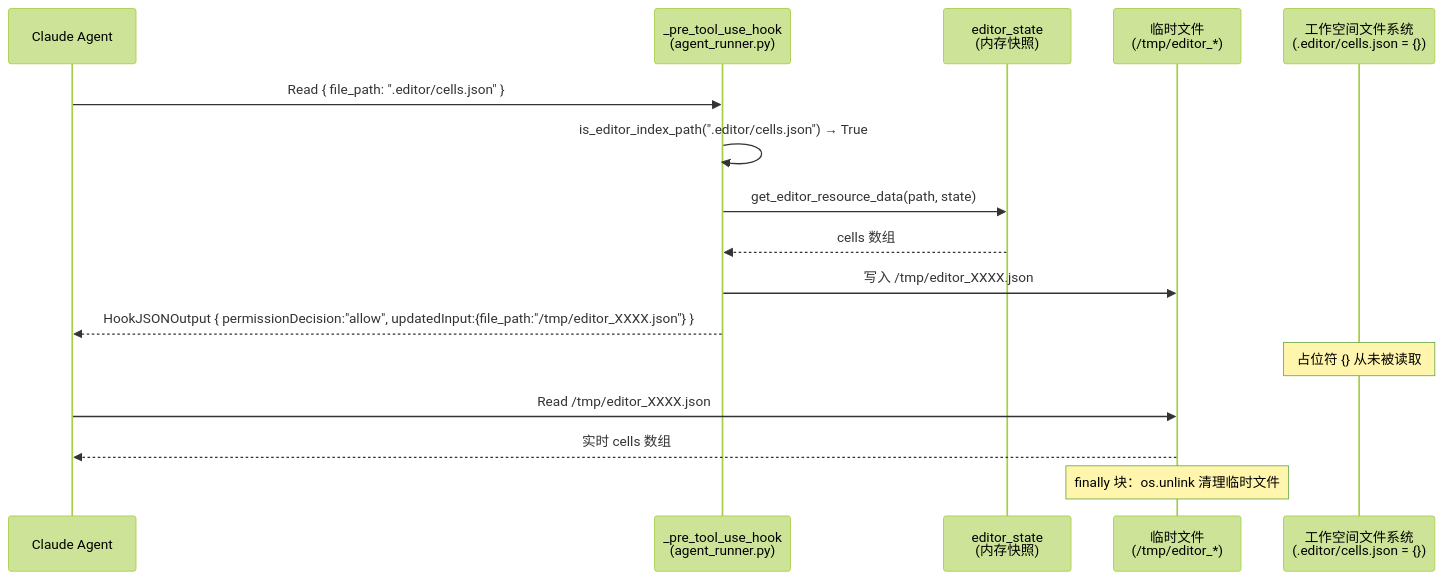
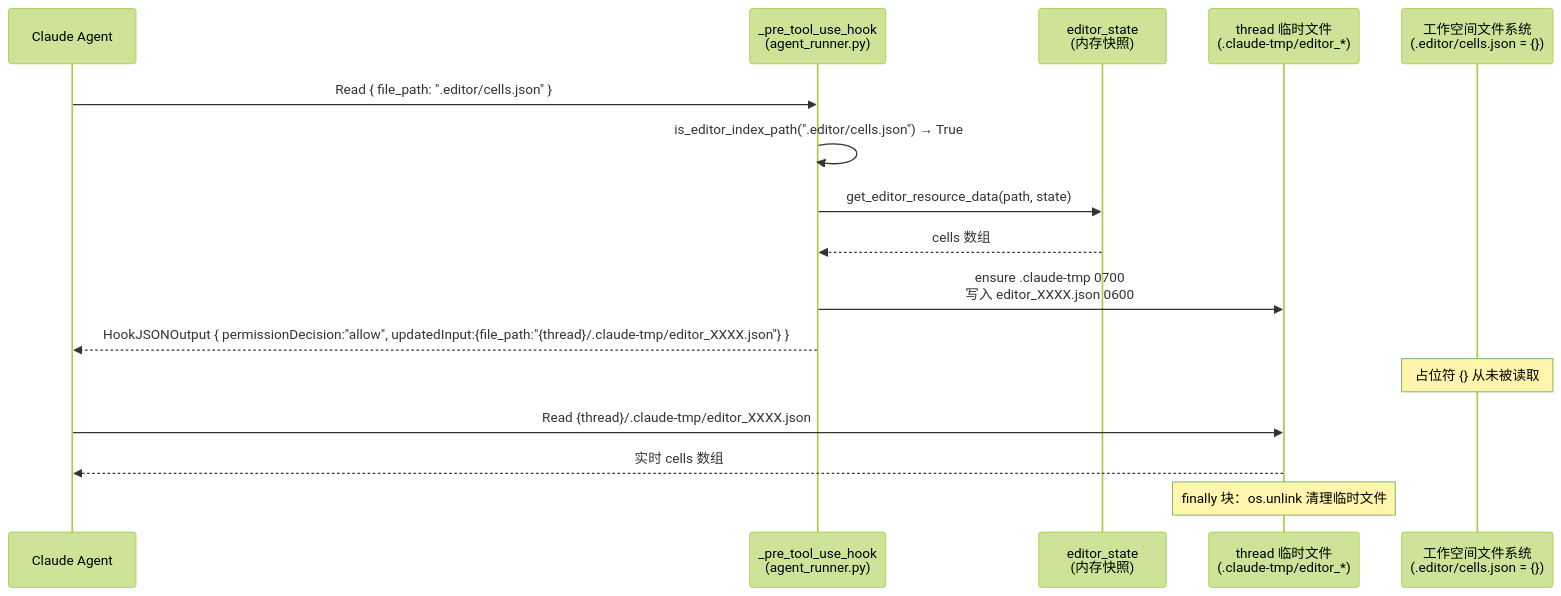
The diagram in docs/design/claude-agent/edit-point/workspace-adapter.md (glide-the/im-dream), drawn with Mermaid (forest theme) before and after one commit. The commit also changed other lines of this file and 48 other files, not shown here.

First line of the commit message:
feat(notion): reconcile connector product and runtime flow

````diff
--- a/docs/design/claude-agent/edit-point/workspace-adapter.md
+++ b/docs/design/claude-agent/edit-point/workspace-adapter.md
@@ -195,19 +200,19 @@
 ```mermaid
 sequenceDiagram
     participant Agent as Claude Agent
     participant Hook as _pre_tool_use_hook<br/>(agent_runner.py)
     participant EdState as editor_state<br/>(内存快照)
-    participant Tmp as 临时文件<br/>(/tmp/editor_*)
+    participant Tmp as thread 临时文件<br/>(.claude-tmp/editor_*)
     participant FS as 工作空间文件系统<br/>(.editor/cells.json = {})
 
     Agent->>Hook: Read { file_path: ".editor/cells.json" }
     Hook->>Hook: is_editor_index_path(".editor/cells.json") → True
     Hook->>EdState: get_editor_resource_data(path, state)
     EdState-->>Hook: cells 数组
-    Hook->>Tmp: 写入 /tmp/editor_XXXX.json
-    Hook-->>Agent: HookJSONOutput { permissionDecision:"allow", updatedInput:{file_path:"/tmp/editor_XXXX.json"} }
+    Hook->>Tmp: ensure .claude-tmp 0700<br/>写入 editor_XXXX.json 0600
+    Hook-->>Agent: HookJSONOutput { permissionDecision:"allow", updatedInput:{file_path:"{thread}/.claude-tmp/editor_XXXX.json"} }
     Note over FS: 占位符 {} 从未被读取
-    Agent->>Tmp: Read /tmp/editor_XXXX.json
+    Agent->>Tmp: Read {thread}/.claude-tmp/editor_XXXX.json
     Tmp-->>Agent: 实时 cells 数组
     Note over Tmp: finally 块：os.unlink 清理临时文件
 ```
````
